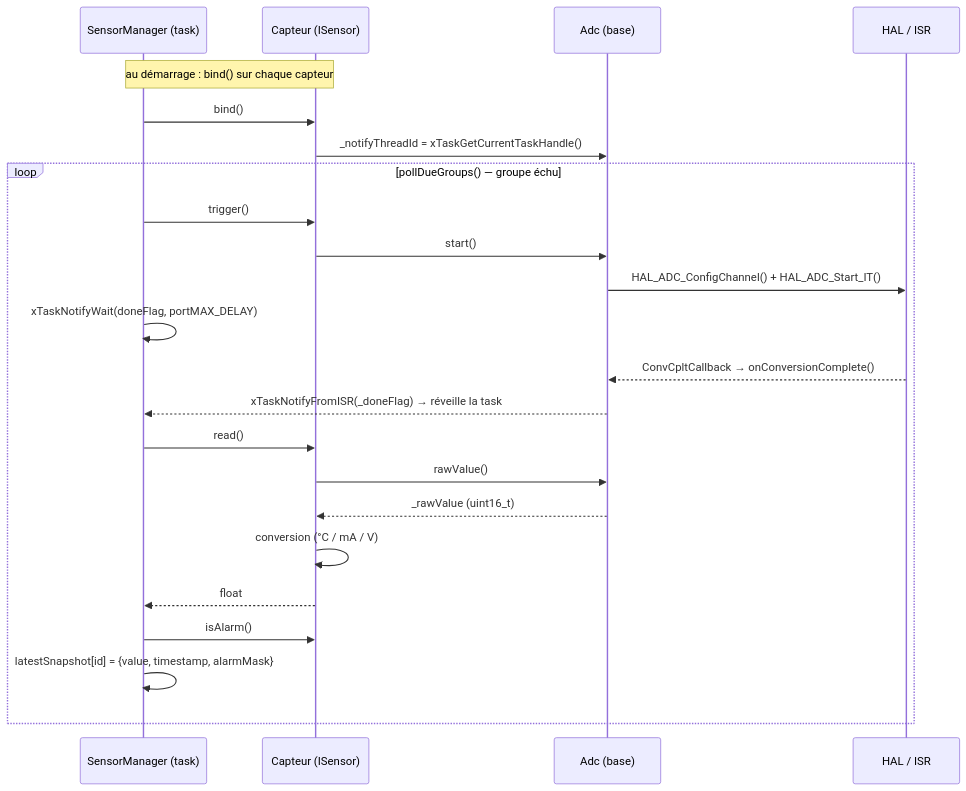
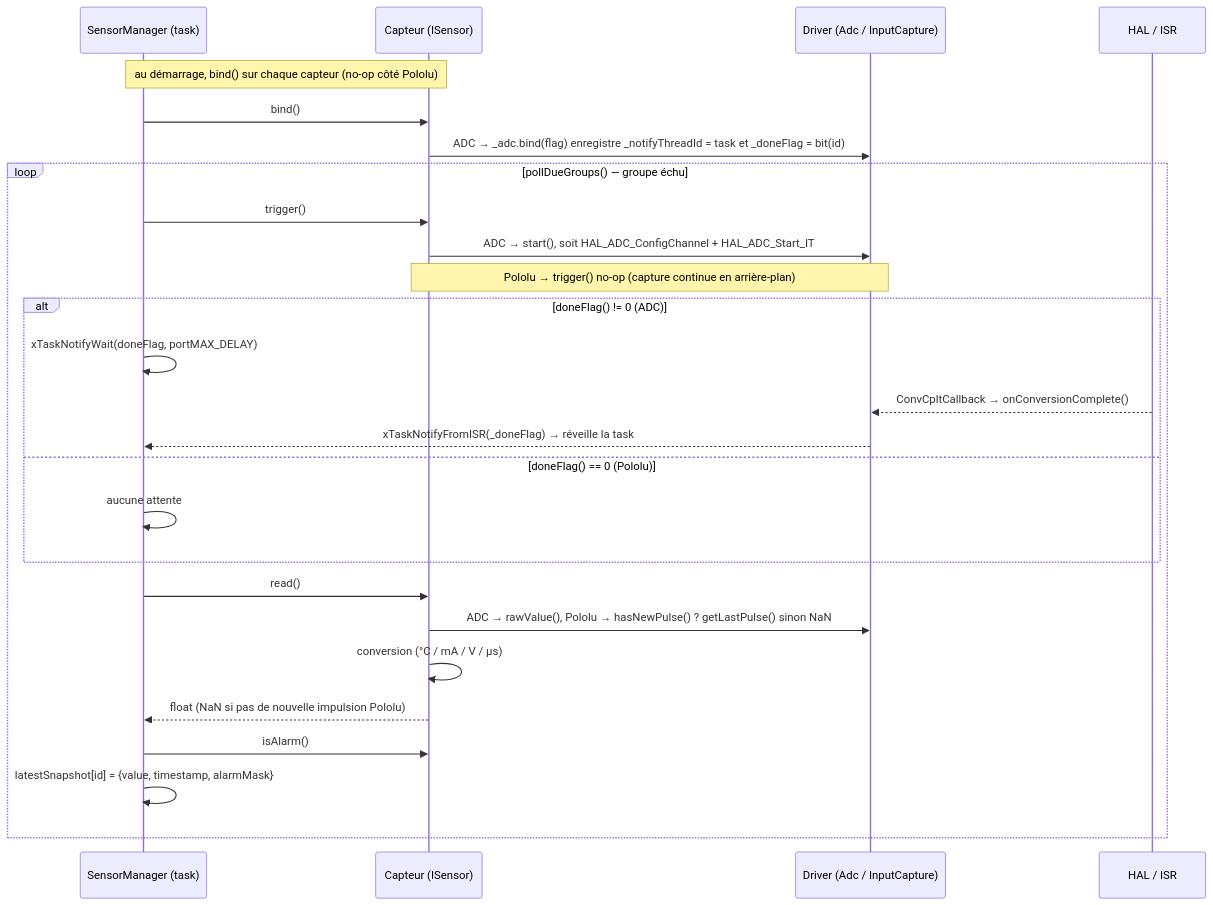
The third of 3 diagrams in architecture_sensors2.md (Soupalognon/Wall-A-Software), drawn with Mermaid before and after one commit. The commit also changed other lines of this file and 29 other files, not shown here.

````diff
--- a/architecture_sensors2.md
+++ b/architecture_sensors2.md
@@ -122,29 +175,32 @@
 ```mermaid
 sequenceDiagram
     participant SM as SensorManager (task)
     participant S  as Capteur (ISensor)
-    participant A  as Adc (base)
+    participant D  as Driver (Adc / InputCapture)
     participant H  as HAL / ISR
 
-    Note over SM,S: au démarrage : bind() sur chaque capteur
+    Note over SM,S: au démarrage, bind() sur chaque capteur (no-op côté Pololu)
     SM->>S: bind()
-    S->>A: _notifyThreadId = xTaskGetCurrentTaskHandle()
+    S->>D: ADC → _adc.bind(flag) enregistre _notifyThreadId = task et _doneFlag = bit(id)
 
     loop pollDueGroups() — groupe échu
         SM->>S: trigger()
-        S->>A: start()
-        A->>H: HAL_ADC_ConfigChannel() + HAL_ADC_Start_IT()
+        S->>D: ADC → start(), soit HAL_ADC_ConfigChannel + HAL_ADC_Start_IT
+        Note over S,D: Pololu → trigger() no-op (capture continue en arrière-plan)
 
-        SM->>SM: xTaskNotifyWait(doneFlag, portMAX_DELAY)
-        H-->>A: ConvCpltCallback → onConversionComplete()
-        A-->>SM: xTaskNotifyFromISR(_doneFlag) → réveille la task
+        alt doneFlag() != 0 (ADC)
+            SM->>SM: xTaskNotifyWait(doneFlag, portMAX_DELAY)
+            H-->>D: ConvCpltCallback → onConversionComplete()
+            D-->>SM: xTaskNotifyFromISR(_doneFlag) → réveille la task
+        else doneFlag() == 0 (Pololu)
+            SM->>SM: aucune attente
+        end
 
         SM->>S: read()
-        S->>A: rawValue()
-        A-->>S: _rawValue (uint16_t)
-        S->>S: conversion (°C / mA / V)
-        S-->>SM: float
+        S->>D: ADC → rawValue(), Pololu → hasNewPulse() ? getLastPulse() sinon NaN
+        S->>S: conversion (°C / mA / V / µs)
+        S-->>SM: float (NaN si pas de nouvelle impulsion Pololu)
         SM->>S: isAlarm()
         SM->>SM: latestSnapshot[id] = {value, timestamp, alarmMask}
     end
 ```
````
